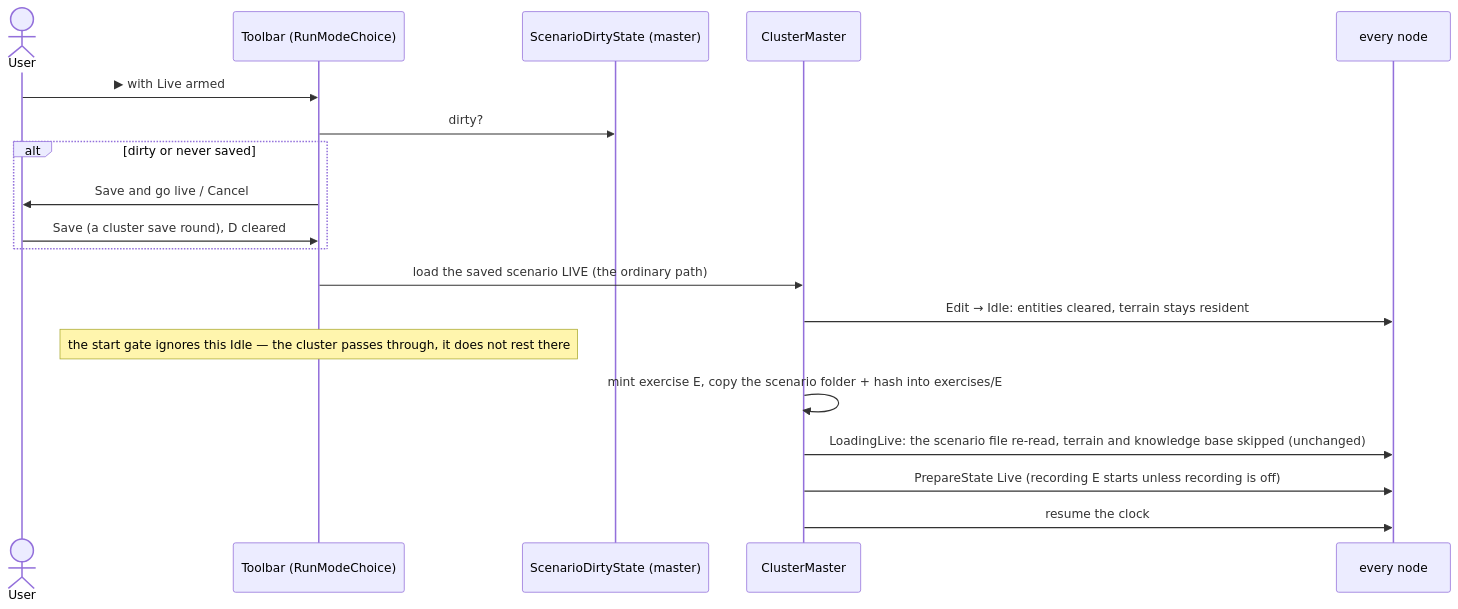
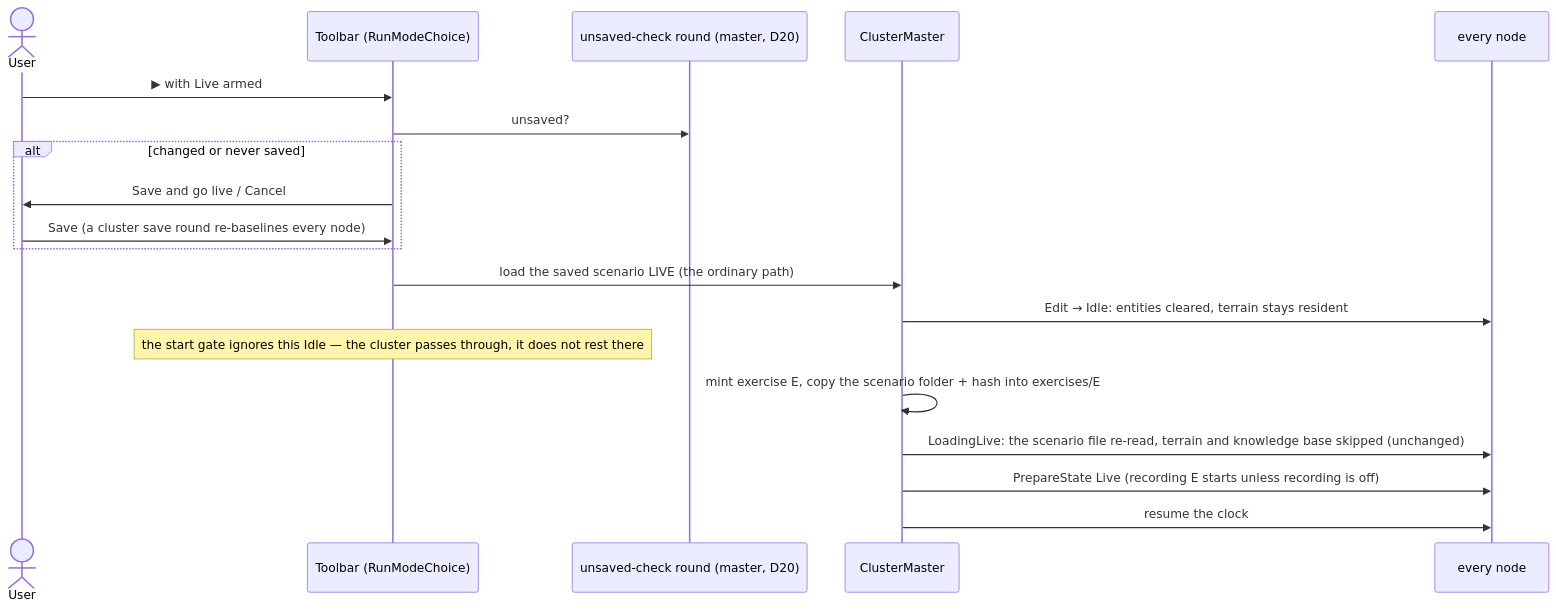
Before and after one commit to pjanec/HROT: the third of 28 diagrams in docs/blueprints/Architect_Question_108_Run_Mode_Picker.md, drawn with Mermaid. The commit also changed other lines of this file and 4 other files, not shown here.

First line of the commit message:
Design docs to FINAL form: Add_Entity_Picker, AQ108, Scenario_Entity_Keys, SHOWCASE, EXPLAINER — superseded revisions removed, every why kept

````diff
--- a/docs/blueprints/Architect_Question_108_Run_Mode_Picker.md
+++ b/docs/blueprints/Architect_Question_108_Run_Mode_Picker.md
@@ -182,21 +183,21 @@
 ```mermaid
 sequenceDiagram
   actor U as User
   participant T as Toolbar (RunModeChoice)
-  participant D as ScenarioDirtyState (master)
+  participant D as unsaved-check round (master, D20)
   participant M as ClusterMaster
   participant N as every node
   U->>T: ▶ with Live armed
-  T->>D: dirty?
-  alt dirty or never saved
+  T->>D: unsaved?
+  alt changed or never saved
     T->>U: Save and go live / Cancel
-    U->>T: Save (a cluster save round), D cleared
+    U->>T: Save (a cluster save round re-baselines every node)
   end
   T->>M: load the saved scenario LIVE (the ordinary path)
   M->>N: Edit → Idle: entities cleared, terrain stays resident
   Note over T: the start gate ignores this Idle — the cluster passes through, it does not rest there
   M->>M: mint exercise E, copy the scenario folder + hash into exercises/E
   M->>N: LoadingLive: the scenario file re-read, terrain and knowledge base skipped (unchanged)
   M->>N: PrepareState Live (recording E starts unless recording is off)
   M->>N: resume the clock
 ```
````
